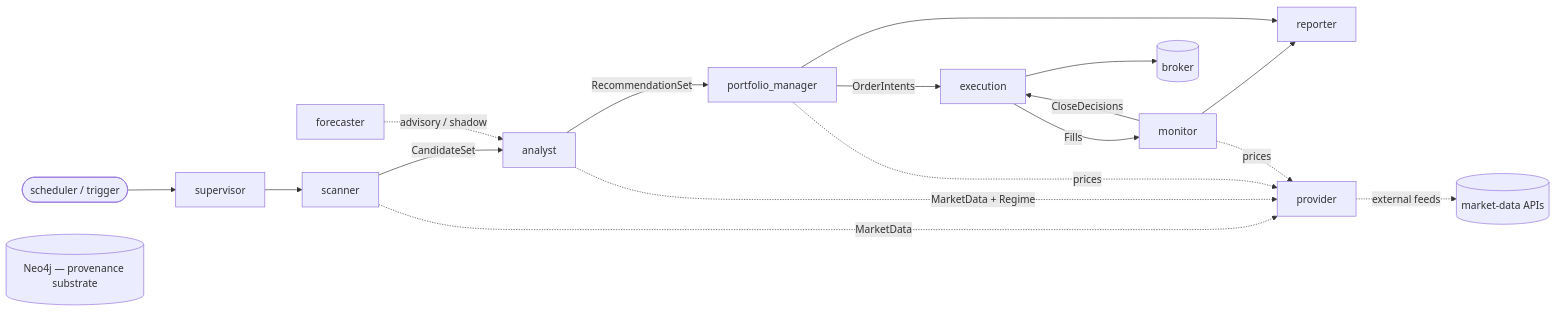
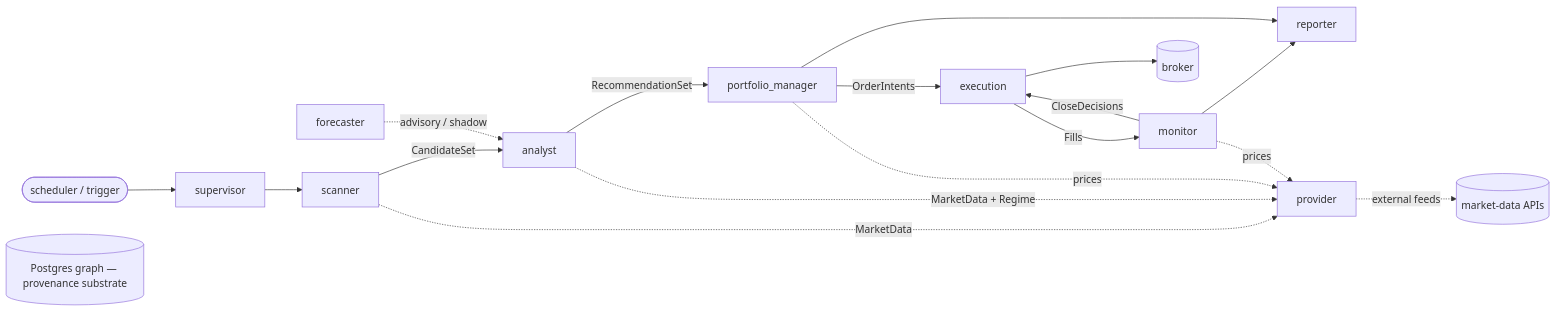
The first of 3 diagrams in docs/laws/flow.md (yury-gurevich/trading-agents), drawn with Mermaid before and after one commit. The commit also changed other lines of this file and 102 other files, not shown here.

````diff
--- a/docs/laws/flow.md
+++ b/docs/laws/flow.md
@@ -14,22 +14,22 @@
 ```mermaid
 flowchart LR
   SCH([scheduler / trigger]) --> SUP[supervisor]
   SUP --> SCAN[scanner]
   SCAN -->|CandidateSet| ANLY[analyst]
   ANLY -->|RecommendationSet| PM[portfolio_manager]
   PM -->|OrderIntents| EXEC[execution]
   EXEC -->|Fills| MON[monitor]
   MON -->|CloseDecisions| EXEC
   EXEC --> BRK[(broker)]
   MON --> REPT[reporter]
   PM --> REPT
 
   SCAN -. MarketData .-> PROV[provider]
   ANLY -. MarketData + Regime .-> PROV
   PM   -. prices .-> PROV
   MON  -. prices .-> PROV
   PROV -. external feeds .-> FEEDS[(market-data APIs)]
 
   FCST[forecaster] -. advisory / shadow .-> ANLY
-  GRAPH[(Neo4j — provenance substrate)]
+  GRAPH[(Postgres graph — provenance substrate)]
 ```
````
